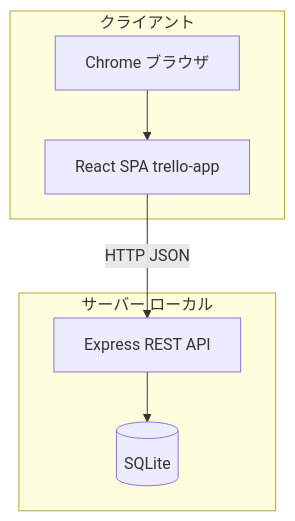
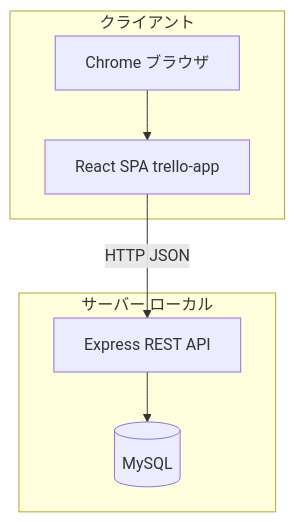
The sixth of 6 diagrams in requirements.md (Yusuke2000-hub/cursorAI-projects), drawn with Mermaid before and after one commit. The commit also changed other lines of this file and 29 other files, not shown here.

````diff
--- a/requirements.md
+++ b/requirements.md
@@ -417,14 +417,14 @@
 ```mermaid
 flowchart TB
     subgraph client [クライアント]
         Browser[Chrome ブラウザ]
         SPA[React SPA trello-app]
     end
     subgraph server [サーバー ローカル]
         API[Express REST API]
-        DB[(SQLite)]
+        DB[(MySQL)]
     end
     Browser --> SPA
     SPA -->|HTTP JSON| API
     API --> DB
 ```
````
